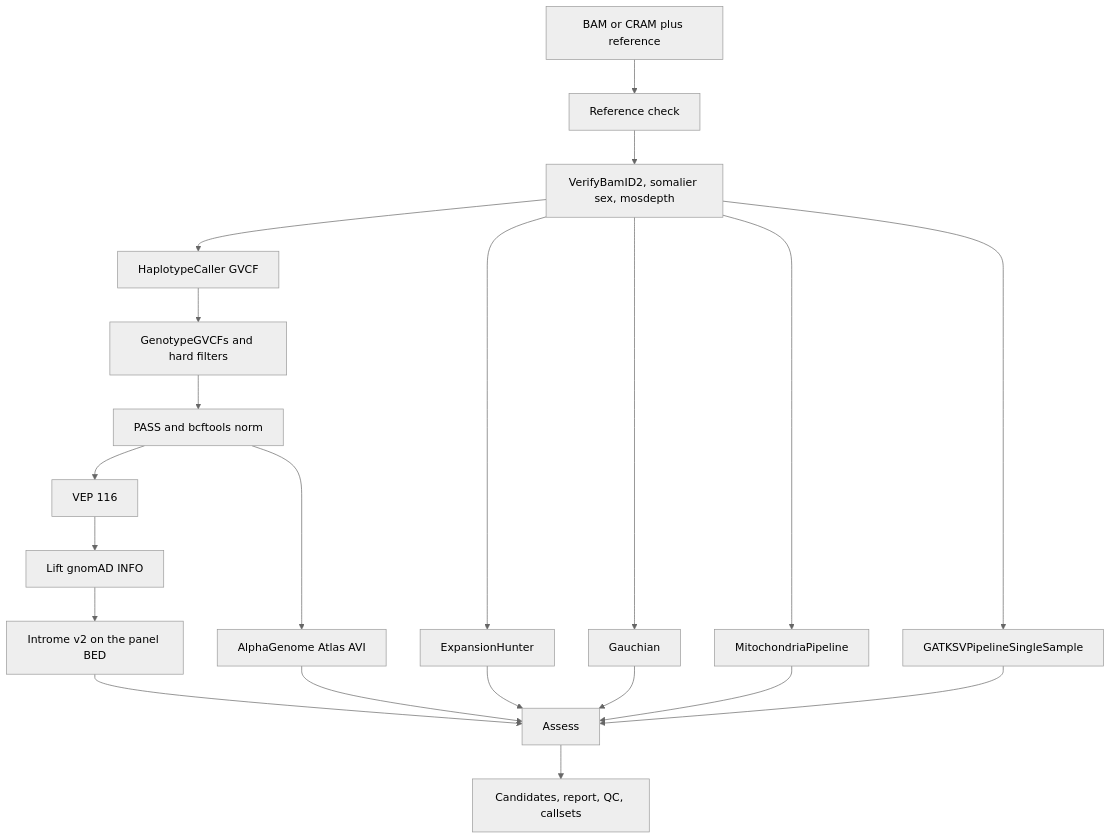
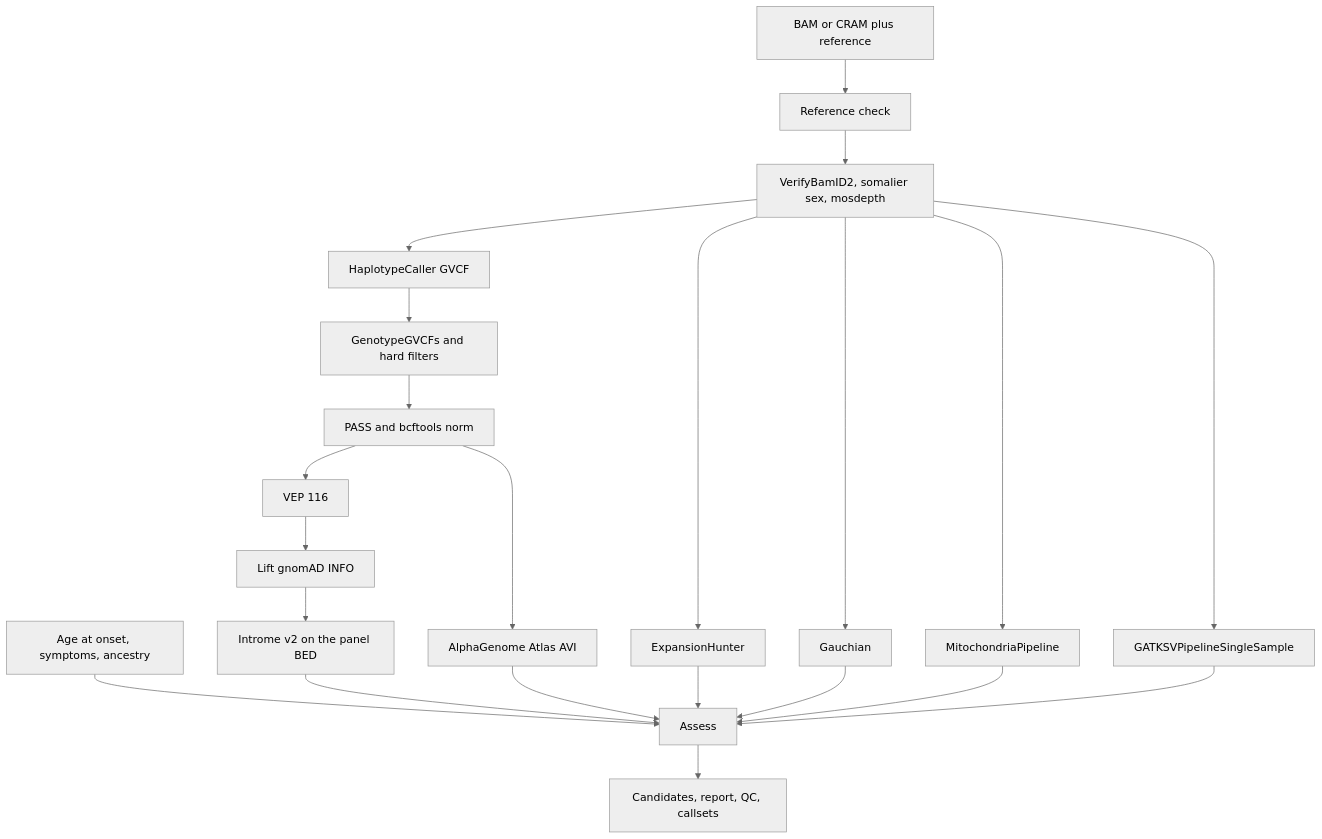
Before and after one commit to gqworks/pdsample-terra: the diagram in README.md, drawn with Mermaid (neutral theme). The commit also changed other lines of this file and 15 other files, not shown here.

````diff
--- a/README.md
+++ b/README.md
@@ -5,23 +5,24 @@
 ```mermaid
 flowchart TD
   cram[BAM or CRAM plus reference] --> check[Reference check]
   check --> qc[VerifyBamID2, somalier sex, mosdepth]
   qc --> hc[HaplotypeCaller GVCF]
   hc --> gt[GenotypeGVCFs and hard filters]
   gt --> norm[PASS and bcftools norm]
   norm --> vep[VEP 116]
   vep --> lift[Lift gnomAD INFO]
   lift --> introme[Introme v2 on the panel BED]
   norm --> avi[AlphaGenome Atlas AVI]
   qc --> eh[ExpansionHunter]
   qc --> gba[Gauchian]
   qc --> mito[MitochondriaPipeline]
   qc --> gatksv[GATKSVPipelineSingleSample]
-  introme --> assess[Assess]
-  avi --> assess[Assess]
+  pheno[Age at onset, symptoms, ancestry] --> assess[Assess]
+  introme --> assess
+  avi --> assess
   eh --> assess
   gba --> assess
   mito --> assess
   gatksv --> assess
   assess --> row[Candidates, report, QC, callsets]
 ```
````
